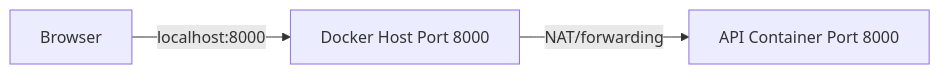
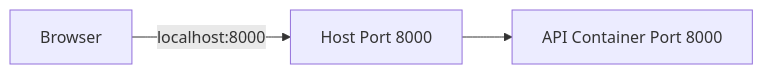
One commit to AvadhBhalodiya/Interview-Preparation changed the fifth of 8 diagrams in src/content/devops/docker-compose-networking.md. Above: the diagram before and after it, drawn with Mermaid. The commit also changed other lines of this file and 54 other files, not shown here.

````diff
--- a/src/content/devops/docker-compose-networking.md
+++ b/src/content/devops/docker-compose-networking.md
@@ -438,5 +376,5 @@
 ```mermaid
 flowchart LR
-    C[Browser] -->|localhost:8000| H[Docker Host Port 8000]
-    H -->|NAT/forwarding| A[API Container Port 8000]
+    B[Browser] -->|localhost:8000| H[Host Port 8000]
+    H --> A[API Container Port 8000]
 ```
````
